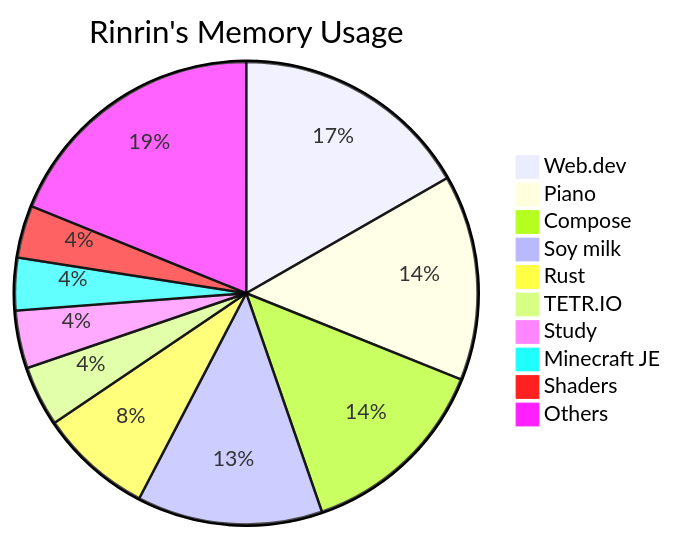
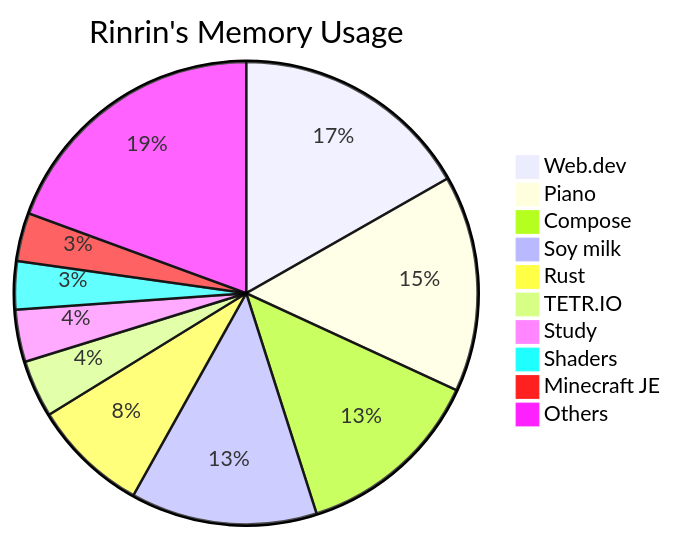
One commit to Rinrin0413/Rinrin0413 changed the diagram in README.md. Above: the diagram before and after it, drawn with Mermaid.

Commit message:
🛠 Update: Rinrin's Memory Usage

````diff
--- a/README.md
+++ b/README.md
@@ -76,13 +76,13 @@
 ```mermaid
 pie title Rinrin's Memory Usage
-    "Web.dev": 178
-    "Piano": 153
+    "Web.dev": 184
+    "Piano": 166
     "Compose": 145
-    "Soy milk": 138
-    "Rust": 84
-    "TETR.IO": 45
-    "Study": 43
-    "Minecraft JE": 39
-    "Shaders": 39
-    "Others": 201
+    "Soy milk": 143
+    "Rust": 89
+    "TETR.IO": 44
+    "Study": 40
+    "Shaders": 37
+    "Minecraft JE": 37
+    "Others": 213
 ```
````
